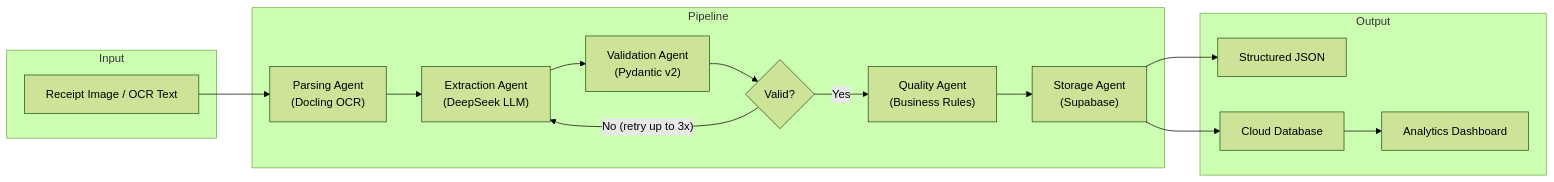
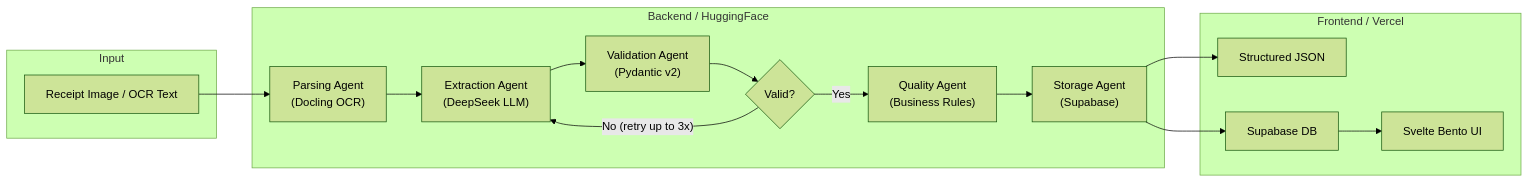
The first of 2 diagrams in README.md (arehh04/Agentic-doc-parse-system), drawn with Mermaid (forest theme) before and after one commit. The commit also changed other lines of this file, not shown here.

Commit message:
docs: Update README for Svelte and HuggingFace deployment

````diff
--- a/README.md
+++ b/README.md
@@ -51,28 +51,28 @@
 ```mermaid
 flowchart LR
     subgraph Input
         A["Receipt Image / OCR Text"]
     end
 
-    subgraph Pipeline
+    subgraph Pipeline [Backend / HuggingFace]
         B["Parsing Agent\n(Docling OCR)"]
         C["Extraction Agent\n(DeepSeek LLM)"]
         D["Validation Agent\n(Pydantic v2)"]
         E{"Valid?"}
         F["Quality Agent\n(Business Rules)"]
         G["Storage Agent\n(Supabase)"]
     end
 
-    subgraph Output
+    subgraph Output [Frontend / Vercel]
         H["Structured JSON"]
-        I["Cloud Database"]
-        J["Analytics Dashboard"]
+        I["Supabase DB"]
+        J["Svelte Bento UI"]
     end
 
     A --> B --> C --> D --> E
     E -- Yes --> F --> G
     G --> H
     G --> I
     I --> J
     E -- "No (retry up to 3x)" --> C
 ```
````
